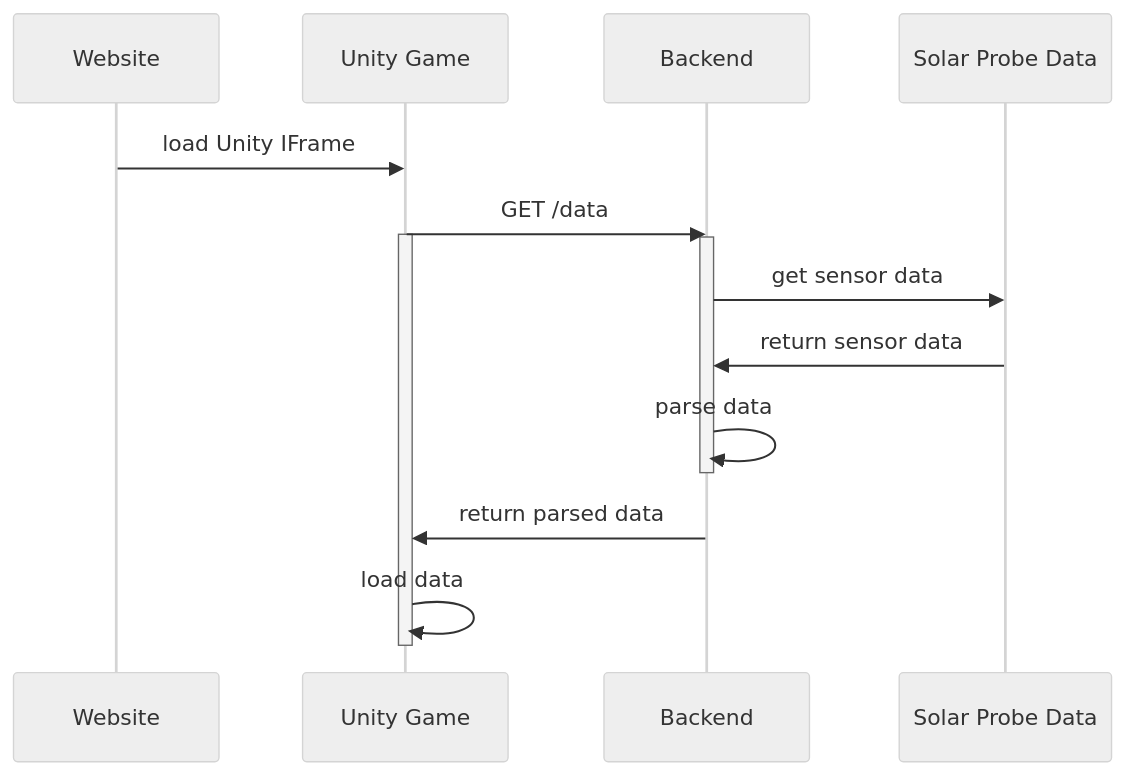
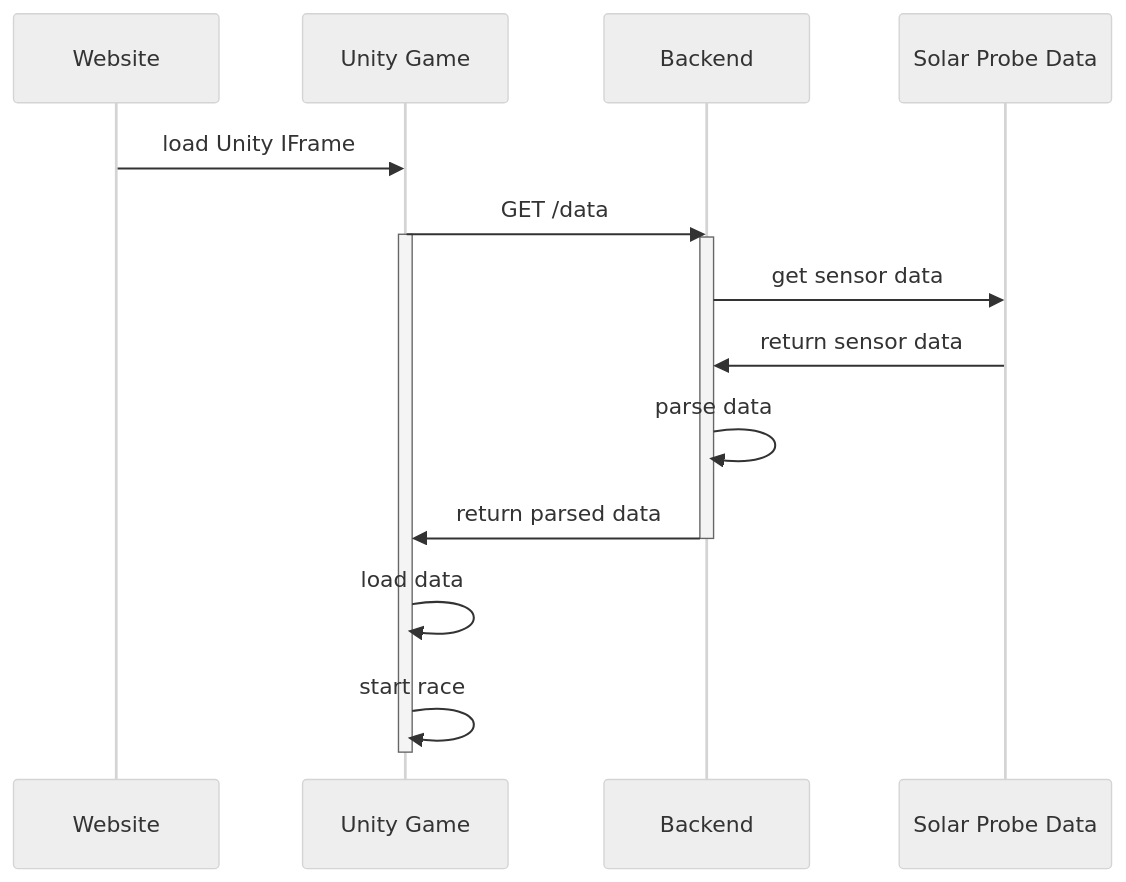
One commit to team-singularity/.github changed the diagram in profile/README.md. Above: the diagram before and after it, drawn with Mermaid (neutral theme).

Commit message:
docs: update diagram deactivate

````diff
--- a/profile/README.md
+++ b/profile/README.md
@@ -14,14 +14,15 @@
 ```mermaid
 sequenceDiagram
     Website->>Unity Game: load Unity IFrame
     Unity Game->>Backend: GET /data
     activate Unity Game
     activate Backend
     Backend->>Solar Probe Data: get sensor data
     Solar Probe Data->>Backend: return sensor data
     Backend->>Backend: parse data
+    Backend->>Unity Game: return parsed data
     deactivate Backend
-    Backend->>Unity Game: return parsed data
     Unity Game->>Unity Game: load data
+    Unity Game->>Unity Game: start race
     deactivate Unity Game   
 ```
````
